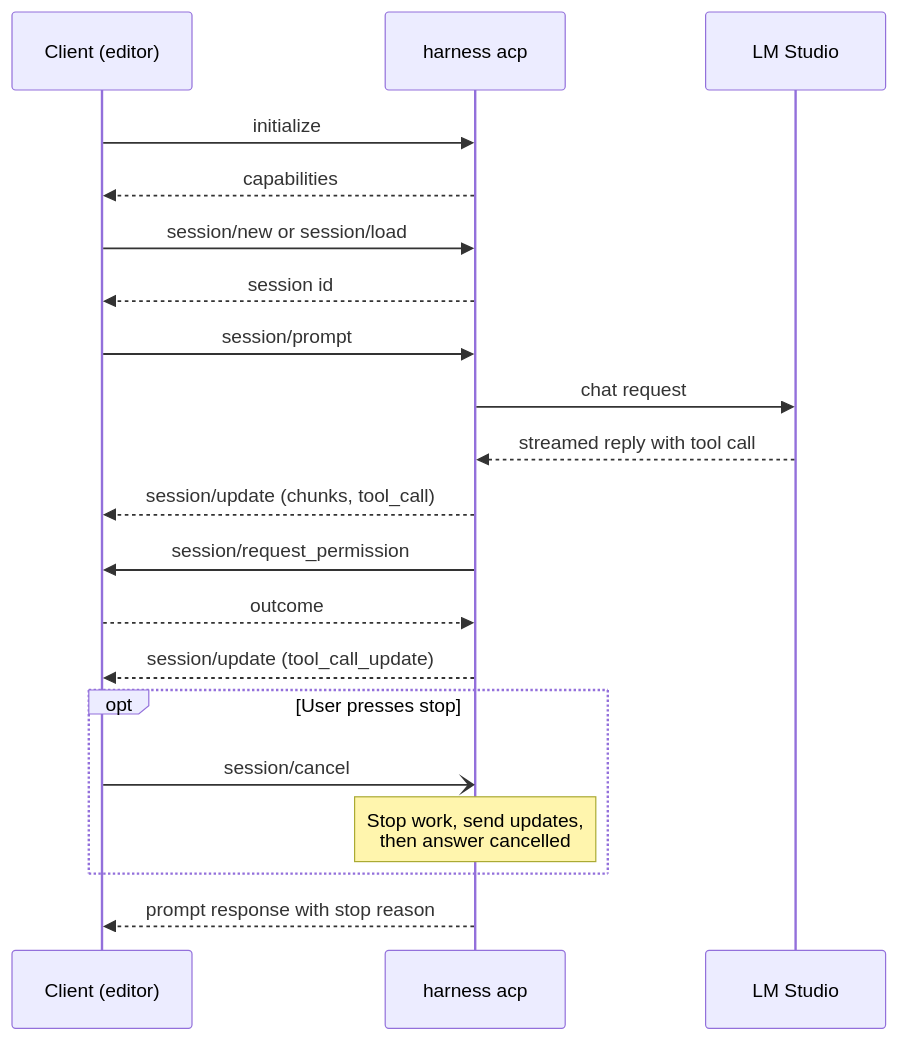
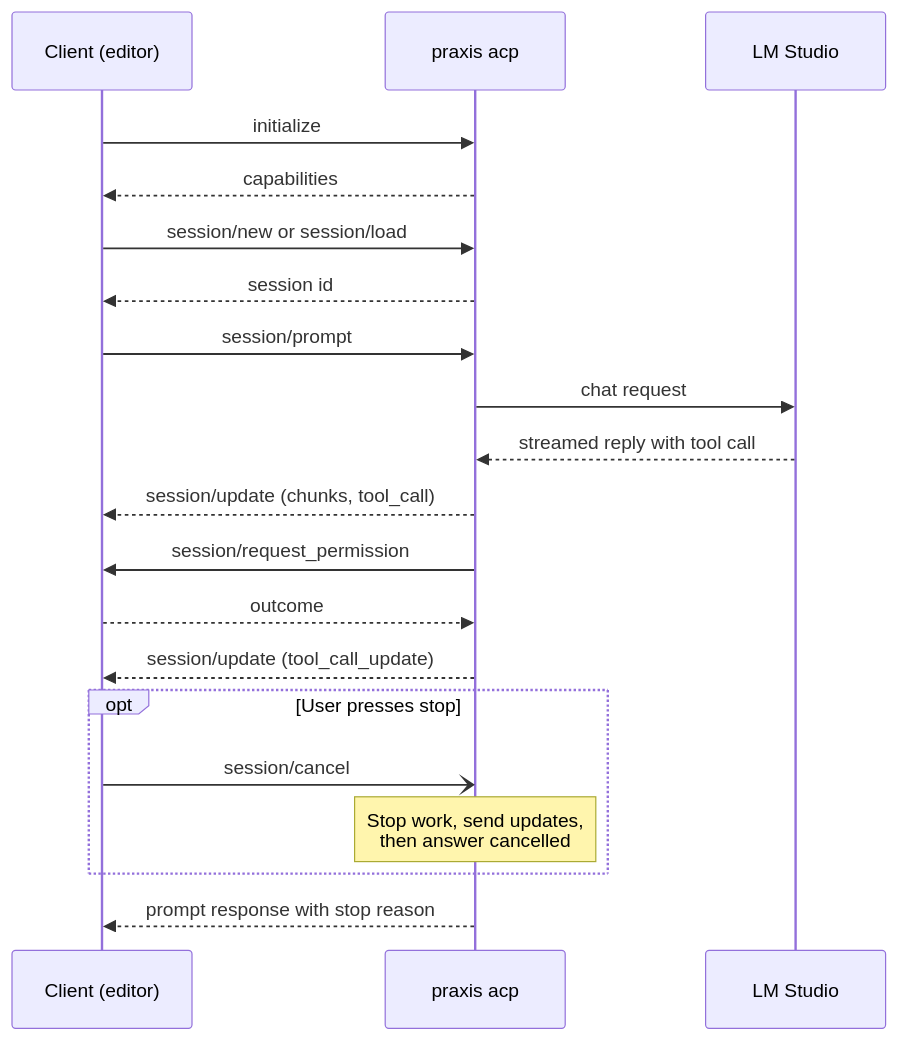
One commit to fzzinchemical/Praxis changed diagram 11 of 12 in docs/SPEC.md. Above: the diagram before and after it, drawn with Mermaid. The commit also changed other lines of this file and 318 other files, not shown here.

First line of the commit message:
refactor!: rename harness to praxis

````diff
--- a/docs/SPEC.md
+++ b/docs/SPEC.md
@@ -759,23 +759,23 @@
 ```mermaid
 sequenceDiagram
     participant C as Client (editor)
-    participant A as harness acp
+    participant A as praxis acp
     participant L as LM Studio
 
     C->>A: initialize
     A-->>C: capabilities
     C->>A: session/new or session/load
     A-->>C: session id
     C->>A: session/prompt
     A->>L: chat request
     L-->>A: streamed reply with tool call
     A-->>C: session/update (chunks, tool_call)
     A->>C: session/request_permission
     C-->>A: outcome
     A-->>C: session/update (tool_call_update)
     opt User presses stop
         C-)A: session/cancel
         Note over A: Stop work, send updates,<br/>then answer cancelled
     end
     A-->>C: prompt response with stop reason
 ```
````
